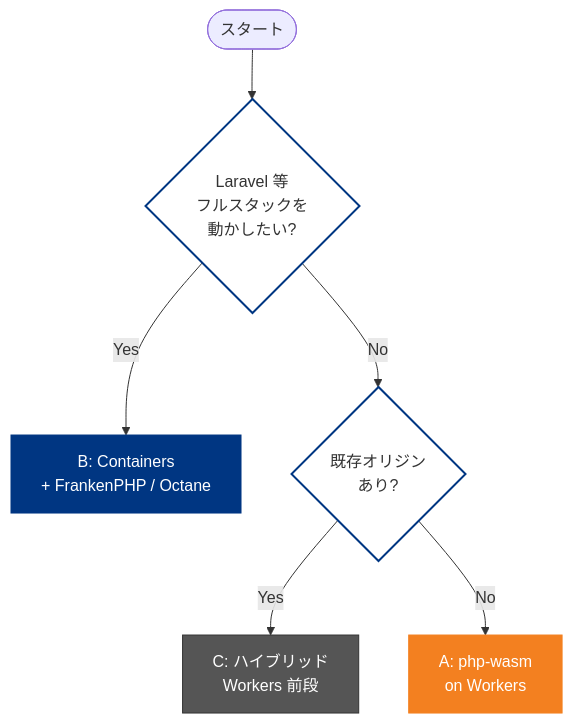
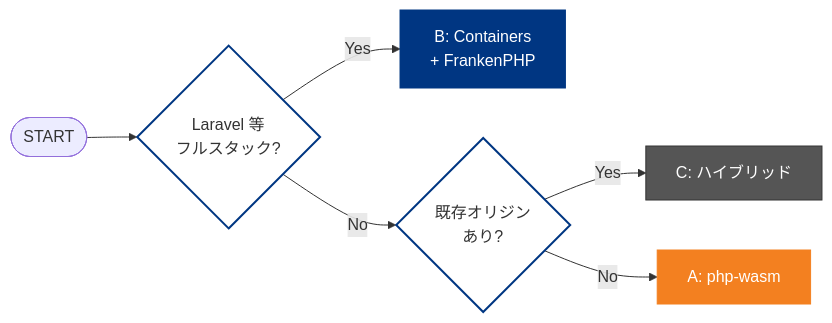
Before and after one commit to SuguruOoki/cloudflare-php-demo: the diagram in slides/diagrams/decision-tree.mmd, drawn with Mermaid. The commit also changed 10 other files, not shown here.

First line of the commit message:
fix(slides): diagrams overflow - switch all to horizontal LR and size by height

```diff
--- a/slides/diagrams/decision-tree.mmd
+++ b/slides/diagrams/decision-tree.mmd
@@ -1,15 +1,15 @@
-flowchart TD
-    start([スタート]) --> Q1{Laravel 等<br/>フルスタックを<br/>動かしたい?}
-    Q1 -->|Yes| B[B: Containers<br/>+ FrankenPHP / Octane]
+flowchart LR
+    start([START]) --> Q1{Laravel 等<br/>フルスタック?}
+    Q1 -->|Yes| B[B: Containers<br/>+ FrankenPHP]
     Q1 -->|No| Q2{既存オリジン<br/>あり?}
-    Q2 -->|Yes| C[C: ハイブリッド<br/>Workers 前段]
-    Q2 -->|No| A[A: php-wasm<br/>on Workers]
+    Q2 -->|Yes| C[C: ハイブリッド]
+    Q2 -->|No| A[A: php-wasm]
 
     classDef q fill:#fff,stroke:#003682,stroke-width:2px
     classDef a fill:#F38020,stroke:#F38020,color:#fff
     classDef b fill:#003682,stroke:#003682,color:#fff
     classDef c fill:#555,stroke:#333,color:#fff
     class Q1,Q2 q
     class A a
     class B b
     class C c
```
